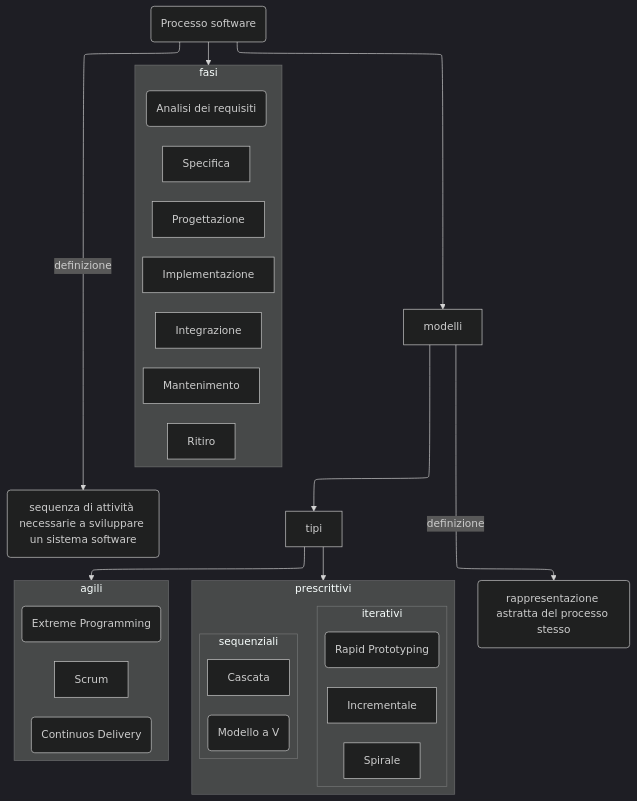
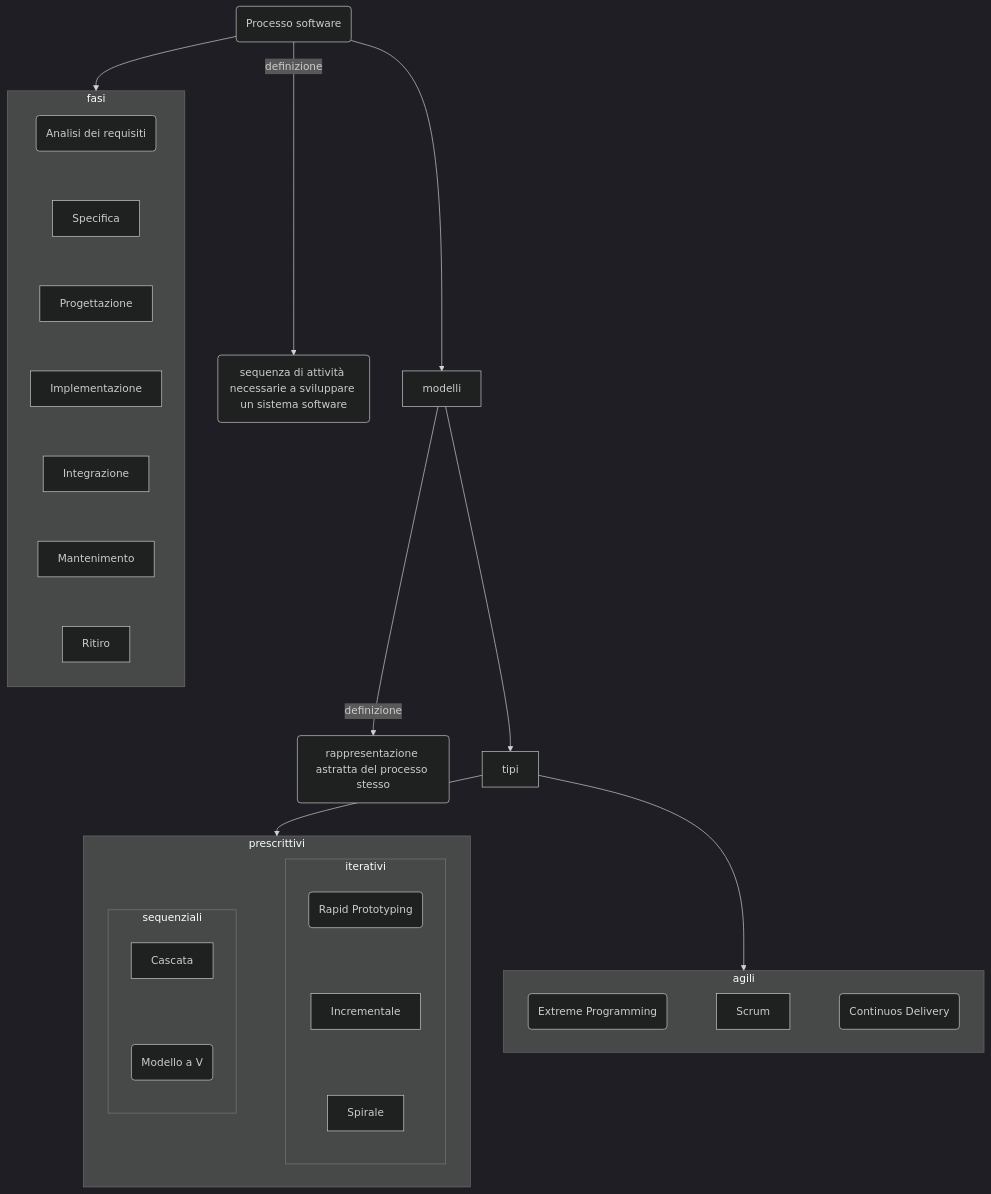
The diagram in src/content/docs/software_engineering/processo_software.md (Firi0n/appunti-unipi), drawn with Mermaid (dark theme) before and after one commit. The commit also changed 12 other files, not shown here.

````diff
--- a/src/content/docs/software_engineering/processo_software.md
+++ b/src/content/docs/software_engineering/processo_software.md
@@ -7,45 +7,38 @@
 ```mermaid
----
-config:
-  layout: elk
-  elk: {
-    nodePlacementStrategy: "LINEAR_SEGMENTS"
-  }
----
 flowchart TD
     PS(Processo software) -->|definizione| def_PS(sequenza di attività necessarie a sviluppare un sistema software)
     PS --> fasi
     subgraph fasi
         direction TB
         AR(Analisi dei requisiti) ~~~
         Specifica ~~~
         Progettazione ~~~
         Implementazione ~~~
         Integrazione ~~~
         Mantenimento ~~~
         Ritiro
     end
     PS --> modelli -->|definizione| def_mod(rappresentazione astratta del processo stesso)
     modelli --> tipi --> prescrittivi
     subgraph prescrittivi
     direction LR
         subgraph sequenziali
             direction TB
             Cascata ~~~
             ModV(Modello a V)
         end
         sequenziali ~~~ iterativi
         subgraph iterativi
         direction TB
             RP(Rapid Prototyping) ~~~
             Incrementale ~~~
             Spirale
         end
     end
     tipi --> agili
     subgraph agili
         EP(Extreme Programming) ~~~
         Scrum ~~~
         CD(Continuos Delivery)
     end
 ```
````
